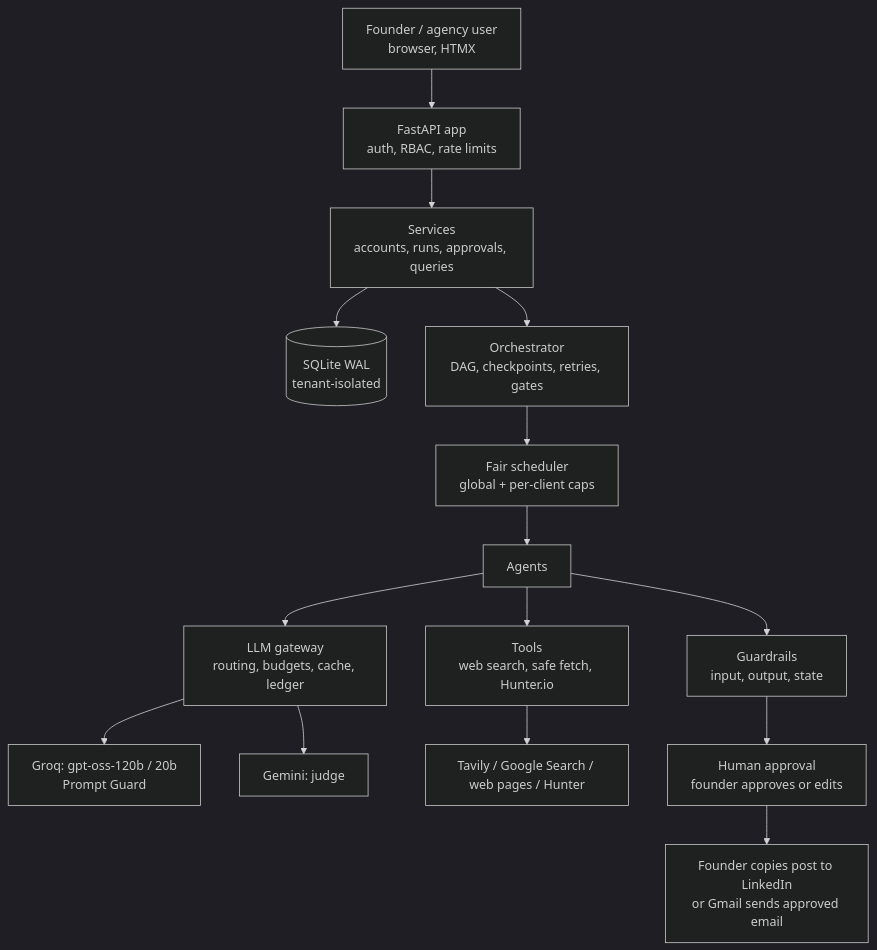
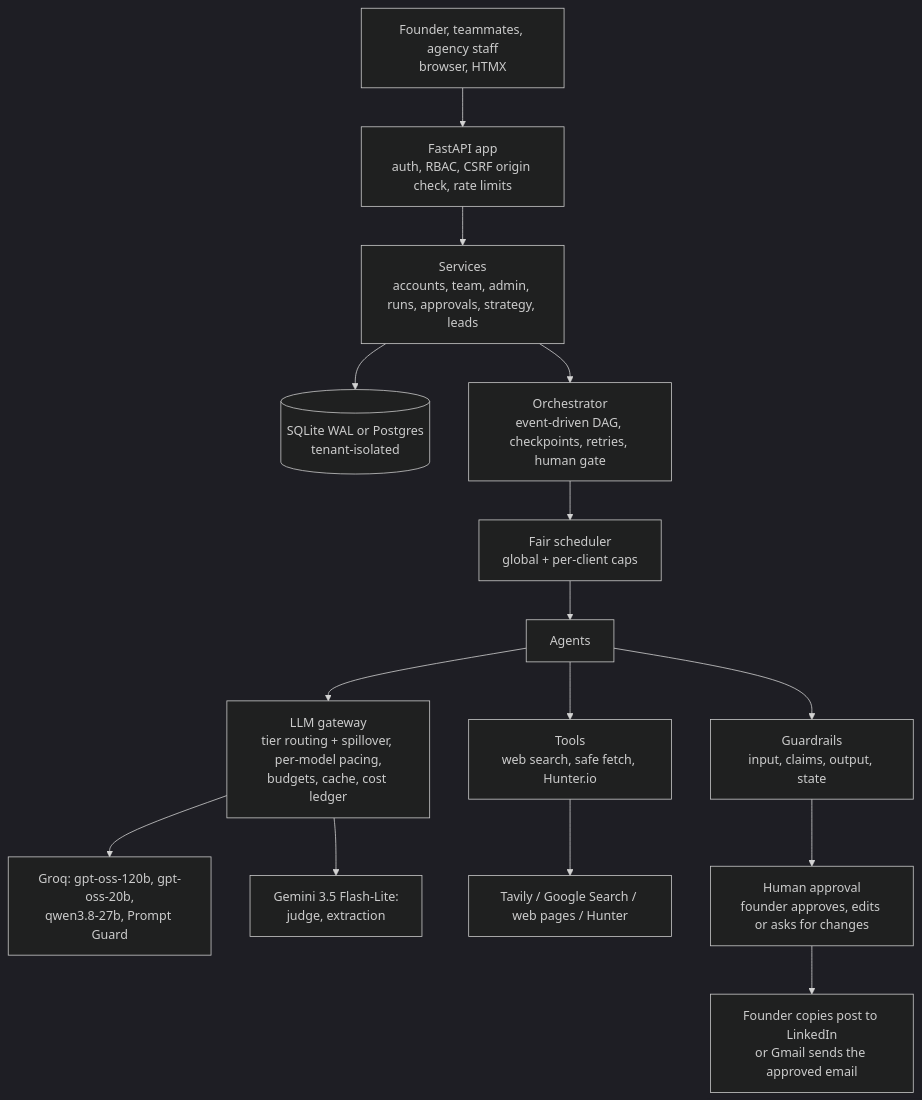
One commit to lokeshsuryawanshi/growthOS changed the first of 3 diagrams in docs/ARCHITECTURE.md. Above: the diagram before and after it, drawn with Mermaid (dark theme). The commit also changed other lines of this file, not shown here.

Commit message:
ARCHITECTURE.md: current workflows, routing tiers, research loop, RBAC, ledgers

````diff
--- a/docs/ARCHITECTURE.md
+++ b/docs/ARCHITECTURE.md
@@ -7,17 +7,17 @@
 ```mermaid
 flowchart TB
-  U[Founder / agency user<br/>browser, HTMX] --> W[FastAPI app<br/>auth, RBAC, rate limits]
-  W --> SVC[Services<br/>accounts, runs, approvals, queries]
-  SVC --> DB[(SQLite WAL<br/>tenant-isolated)]
-  SVC --> ORCH[Orchestrator<br/>DAG, checkpoints, retries, gates]
+  U[Founder, teammates, agency staff<br/>browser, HTMX] --> W[FastAPI app<br/>auth, RBAC, CSRF origin check, rate limits]
+  W --> SVC[Services<br/>accounts, team, admin, runs, approvals, strategy, leads]
+  SVC --> DB[(SQLite WAL or Postgres<br/>tenant-isolated)]
+  SVC --> ORCH[Orchestrator<br/>event-driven DAG, checkpoints, retries, human gate]
   ORCH --> SCH[Fair scheduler<br/>global + per-client caps]
   SCH --> AG[Agents]
-  AG --> GW[LLM gateway<br/>routing, budgets, cache, ledger]
-  GW --> M1[Groq: gpt-oss-120b / 20b<br/>Prompt Guard]
-  GW --> M2[Gemini: judge]
+  AG --> GW[LLM gateway<br/>tier routing + spillover, per-model pacing,<br/>budgets, cache, cost ledger]
+  GW --> M1[Groq: gpt-oss-120b, gpt-oss-20b,<br/>qwen3.8-27b, Prompt Guard]
+  GW --> M2[Gemini 3.5 Flash-Lite:<br/>judge, extraction]
   AG --> TOOLS[Tools<br/>web search, safe fetch, Hunter.io]
   TOOLS --> EXT[Tavily / Google Search / web pages / Hunter]
-  AG --> GR[Guardrails<br/>input, output, state]
-  GR --> HUM[Human approval<br/>founder approves or edits]
-  HUM --> OUT[Founder copies post to LinkedIn<br/>or Gmail sends approved email]
+  AG --> GR[Guardrails<br/>input, claims, output, state]
+  GR --> HUM[Human approval<br/>founder approves, edits or asks for changes]
+  HUM --> OUT[Founder copies post to LinkedIn<br/>or Gmail sends the approved email]
 ```
````
